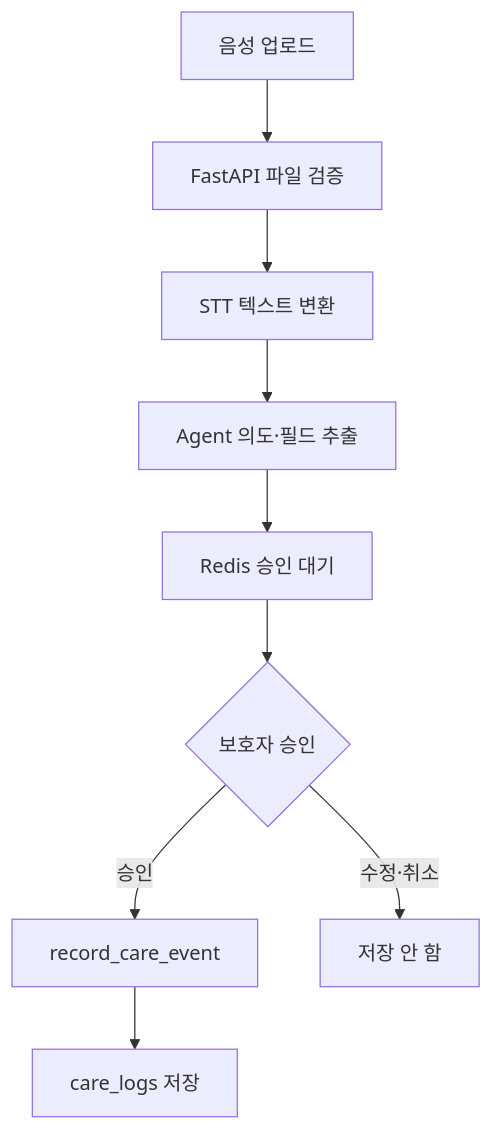
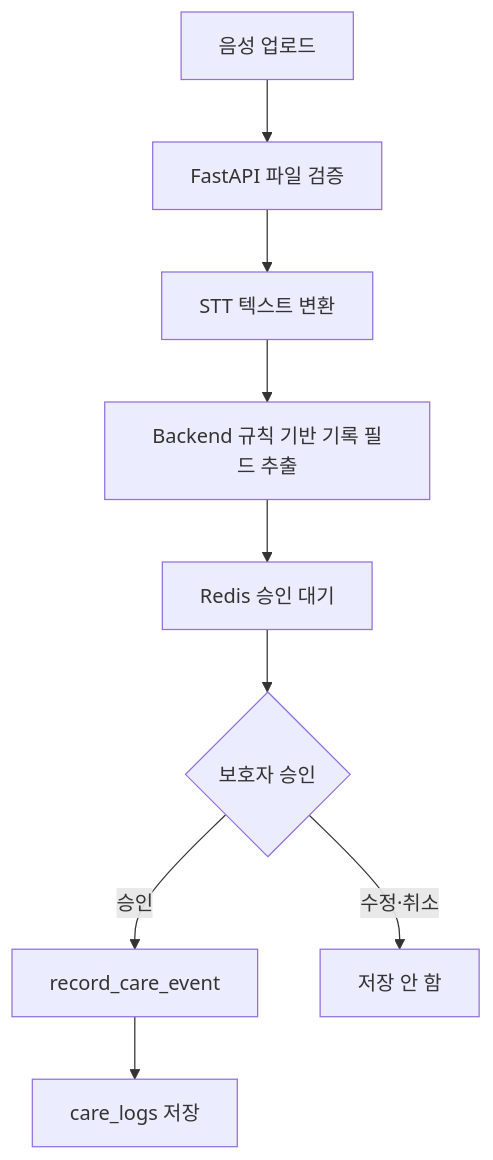
The second of 3 diagrams in documents/overall_plan.md (encore-ai-campus/aio-01-p2-team3), drawn with Mermaid before and after one commit. The commit also changed other lines of this file and 17 other files, not shown here.

````diff
--- a/documents/overall_plan.md
+++ b/documents/overall_plan.md
@@ -146,11 +155,11 @@
 ```mermaid
 flowchart TD
     A["음성 업로드"] --> B["FastAPI 파일 검증"]
     B --> C["STT 텍스트 변환"]
-    C --> D["Agent 의도·필드 추출"]
+    C --> D["Backend 규칙 기반 기록 필드 추출"]
     D --> E["Redis 승인 대기"]
     E --> F{"보호자 승인"}
     F -->|승인| G["record_care_event"]
     F -->|수정·취소| H["저장 안 함"]
     G --> I["care_logs 저장"]
 ```
````
